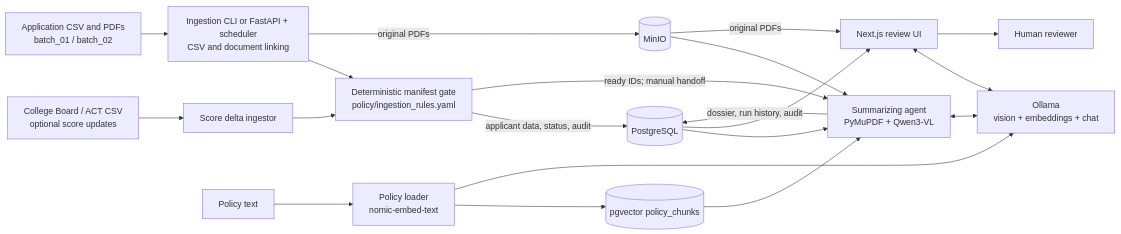
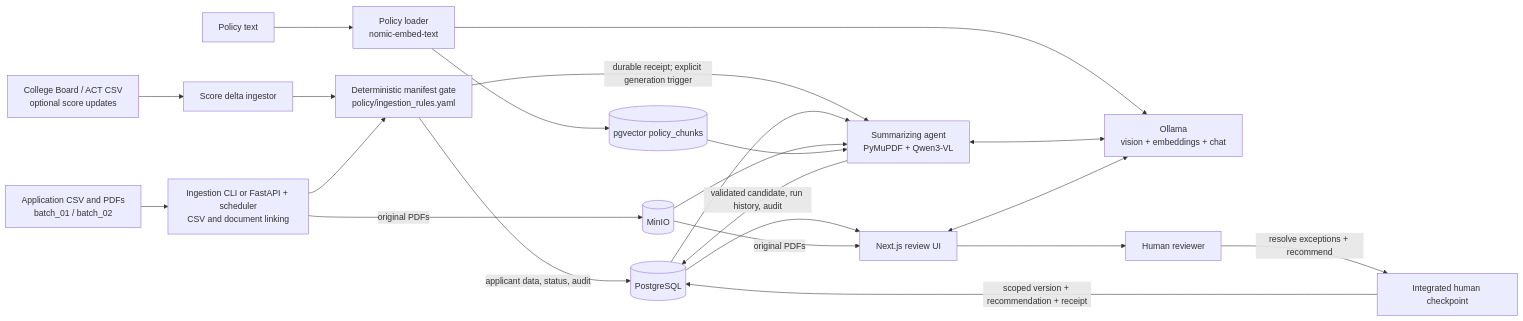
Before and after one commit to kappasprouts/MSA8770-Fall2026: the diagram in README.md, drawn with Mermaid. The commit also changed other lines of this file and 115 other files, not shown here.

First line of the commit message:
feat: add durable admissions workflows and harden dossier generation

````diff
--- a/README.md
+++ b/README.md
@@ -30,21 +30,23 @@
 ```mermaid
 flowchart LR
     B["Application CSV and PDFs<br/>batch_01 / batch_02"] --> I["Ingestion CLI or FastAPI + scheduler<br/>CSV and document linking"]
     S["College Board / ACT CSV<br/>optional score updates"] --> SI["Score delta ingestor"] --> G
     I --> G["Deterministic manifest gate<br/>policy/ingestion_rules.yaml"]
     G -->|applicant data, status, audit| DB[(PostgreSQL)]
     I -->|original PDFs| M[(MinIO)]
-    G -->|ready IDs; manual handoff| A["Summarizing agent<br/>PyMuPDF + Qwen3-VL"]
+    G -->|durable receipt; explicit generation trigger| A["Summarizing agent<br/>PyMuPDF + Qwen3-VL"]
     P["Policy text"] --> L["Policy loader<br/>nomic-embed-text"] --> V[(pgvector policy_chunks)]
     DB --> A
     M --> A
     V --> A
-    A -->|dossier, run history, audit| DB
+    A -->|validated candidate, run history, audit| DB
     DB --> U["Next.js review UI"]
     M -->|original PDFs| U
     O["Ollama<br/>vision + embeddings + chat"]
     L --> O
     A <--> O
     U <--> O
     U --> H["Human reviewer"]
+    H -->|resolve exceptions + recommend| C["Integrated human checkpoint"]
+    C -->|scoped version + recommendation + receipt| DB
 ```
````
